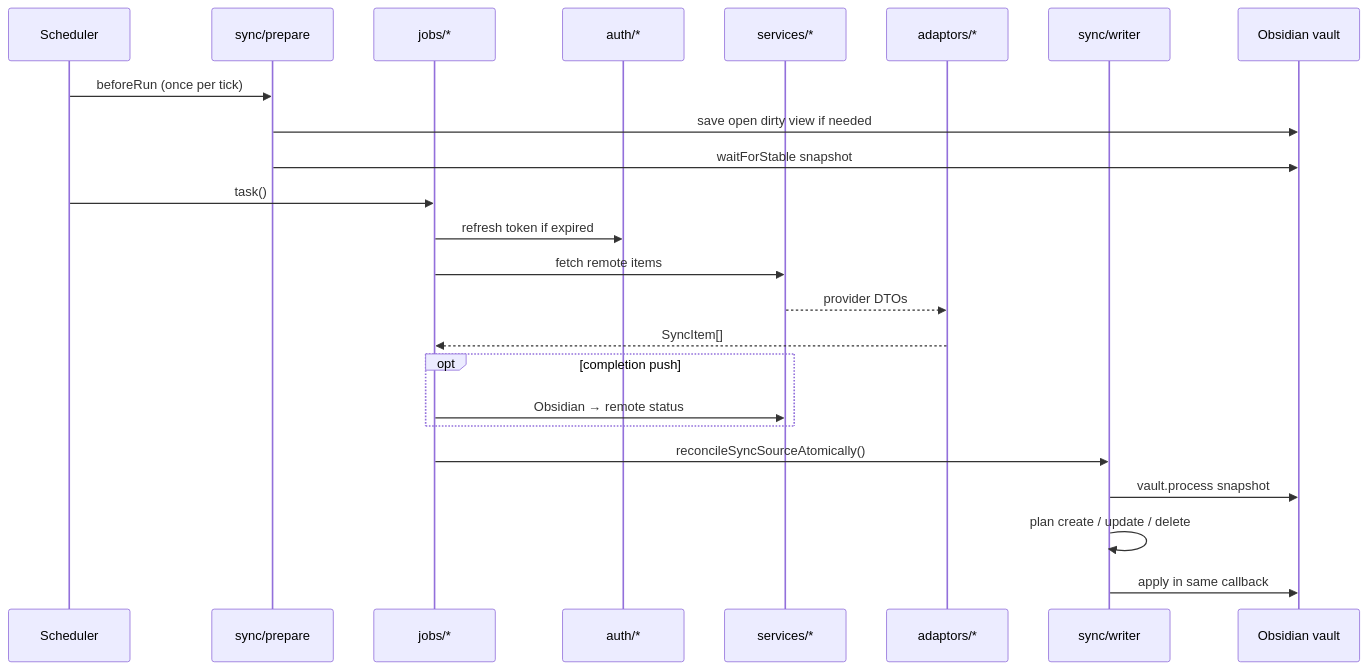
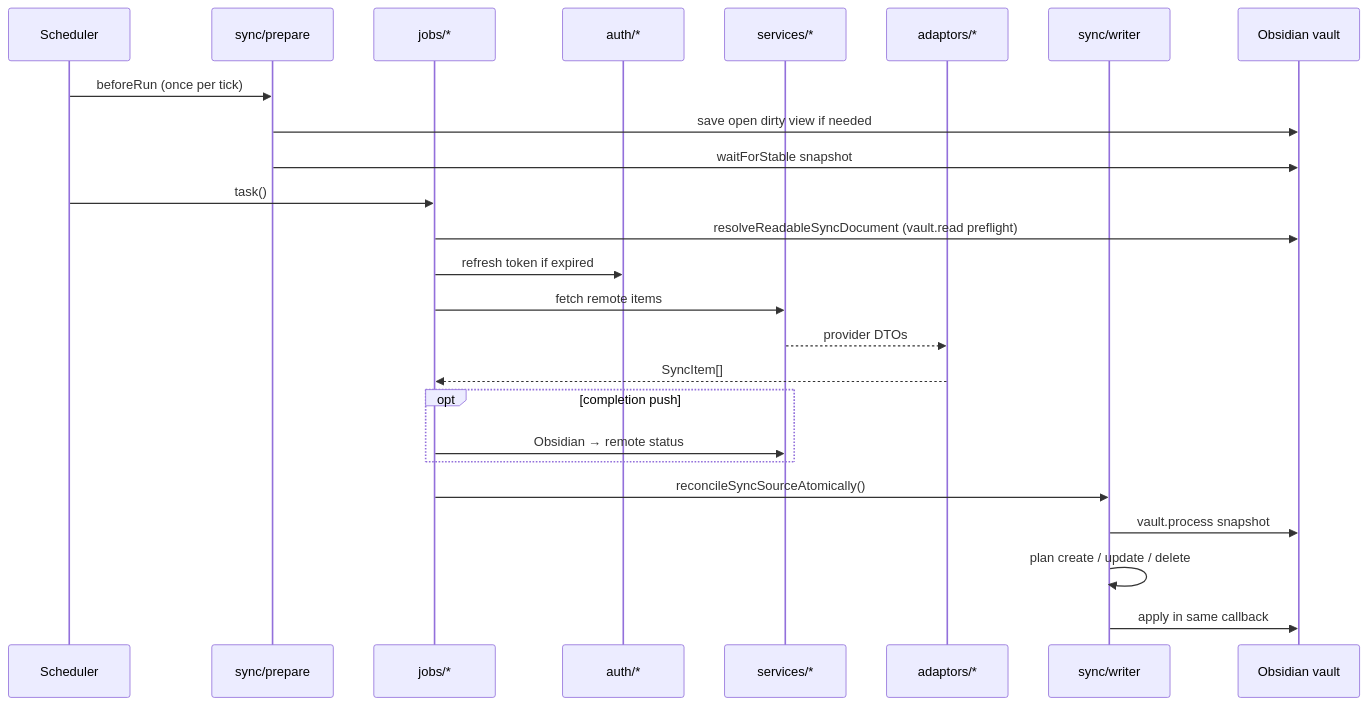
The third of 3 diagrams in docs/kb/architecture.md (desimpson/syncer), drawn with Mermaid before and after one commit. The commit also changed other lines of this file and 11 other files, not shown here.

First line of the commit message:
Preflight sync document reads before network and flip regression tests.

````diff
--- a/docs/kb/architecture.md
+++ b/docs/kb/architecture.md
@@ -74,27 +74,28 @@
 ```mermaid
 sequenceDiagram
   participant Scheduler
   participant Prepare as sync/prepare
   participant Job as jobs/*
   participant Auth as auth/*
   participant Service as services/*
   participant Adaptor as adaptors/*
   participant Writer as sync/writer
   participant Vault as Obsidian vault
 
   Scheduler->>Prepare: beforeRun (once per tick)
   Prepare->>Vault: save open dirty view if needed
   Prepare->>Vault: waitForStable snapshot
   Scheduler->>Job: task()
+  Job->>Vault: resolveReadableSyncDocument (vault.read preflight)
   Job->>Auth: refresh token if expired
   Job->>Service: fetch remote items
   Service-->>Adaptor: provider DTOs
   Adaptor-->>Job: SyncItem[]
   opt completion push
     Job->>Service: Obsidian → remote status
   end
   Job->>Writer: reconcileSyncSourceAtomically()
   Writer->>Vault: vault.process snapshot
   Writer->>Writer: plan create / update / delete
   Writer->>Vault: apply in same callback
 ```
````
